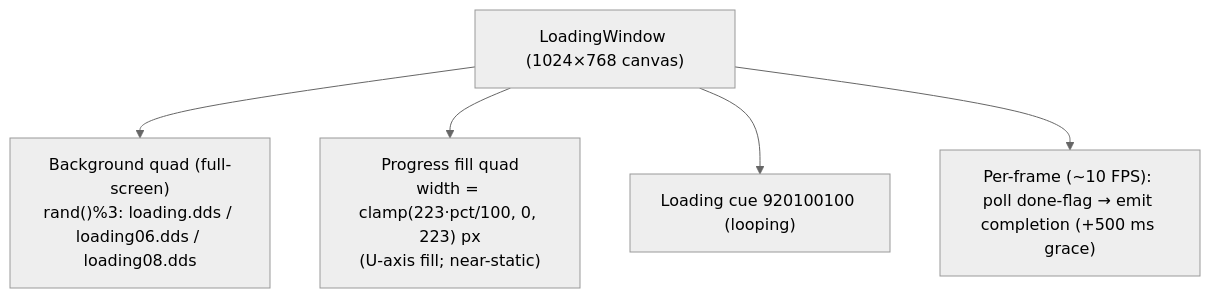
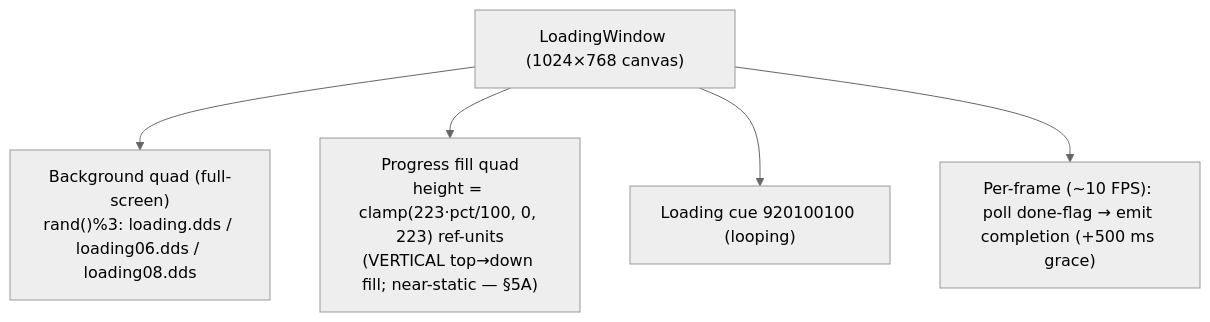
One commit to AriusII/MartialHeroes-RE changed the fourth of 4 diagrams in Docs/RE/scenes/load.md. Above: the diagram before and after it, drawn with Mermaid (neutral theme). The commit also changed other lines of this file and 207 other files, not shown here.

````diff
--- a/Docs/RE/scenes/load.md
+++ b/Docs/RE/scenes/load.md
@@ -187,7 +196,7 @@
 ```mermaid
 graph TD
     LW["LoadingWindow (1024×768 canvas)"] --> BG["Background quad (full-screen)<br/>rand()%3: loading.dds / loading06.dds / loading08.dds"]
-    LW --> FILL["Progress fill quad<br/>width = clamp(223·pct/100, 0, 223) px<br/>(U-axis fill; near-static)"]
+    LW --> FILL["Progress fill quad<br/>height = clamp(223·pct/100, 0, 223) ref-units<br/>(VERTICAL top→down fill; near-static — §5A)"]
     LW --> CUE["Loading cue 920100100 (looping)"]
     LW --> POLL["Per-frame (~10 FPS): poll done-flag → emit completion (+500 ms grace)"]
 ```
````
